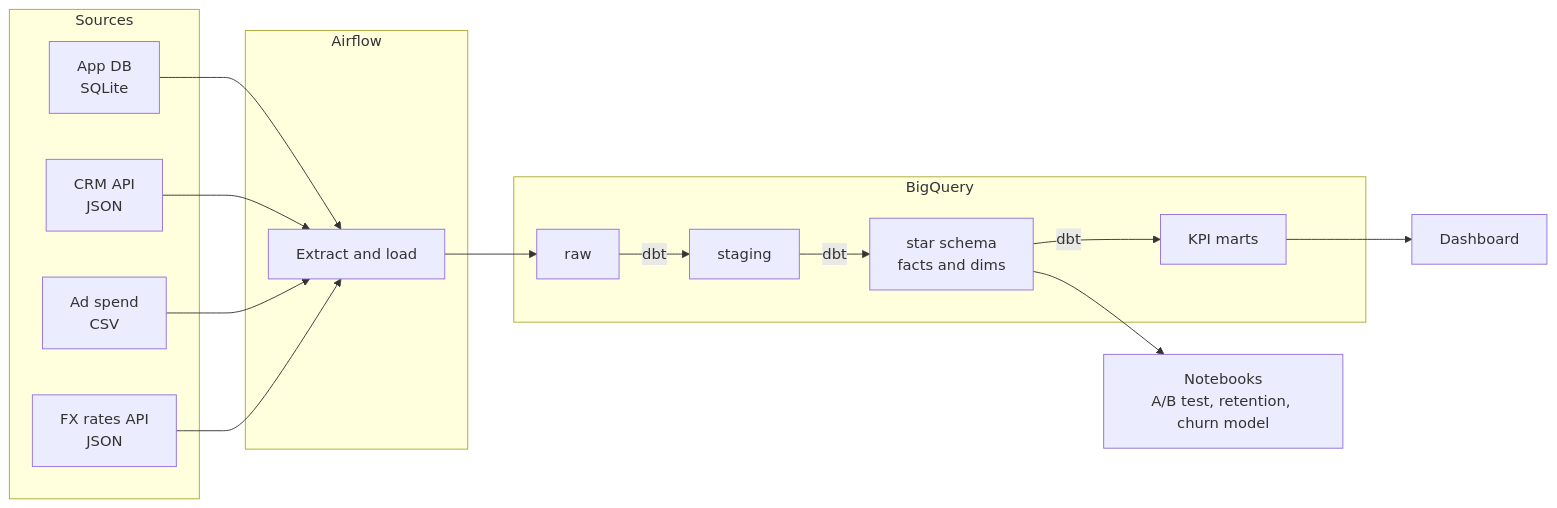
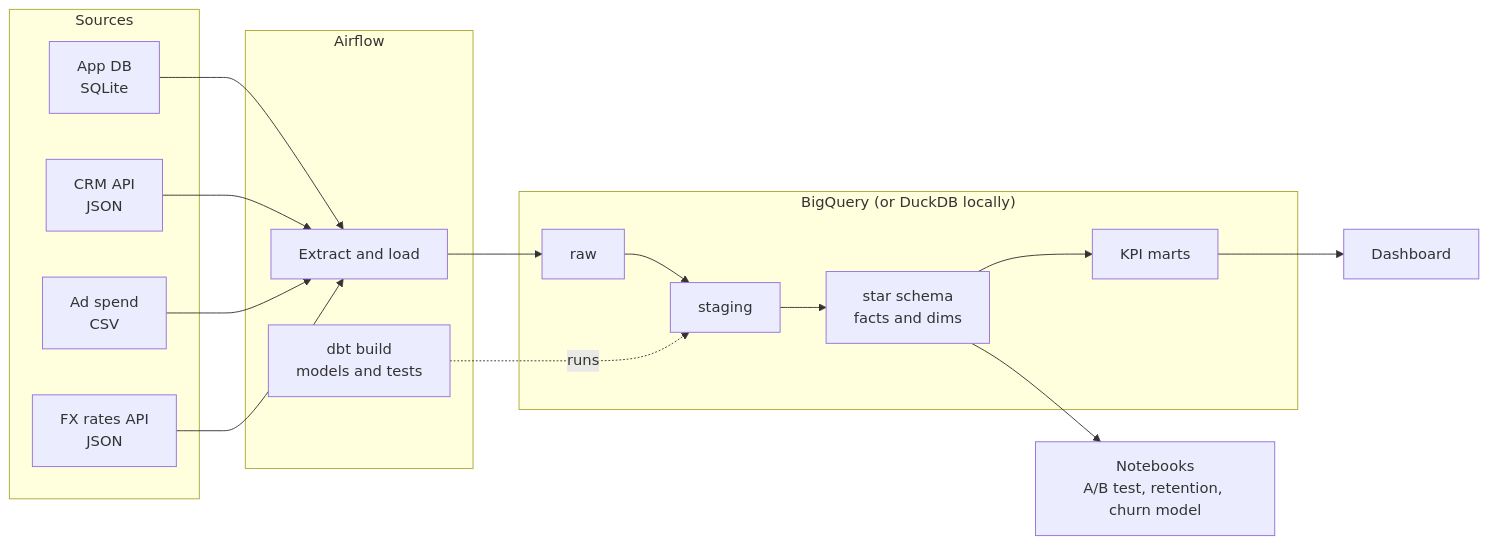
Before and after one commit to sandhyabhatt07/Business_Metric_Tracking_Dashboard: the diagram in README.md, drawn with Mermaid. The commit also changed other lines of this file and 66 other files, not shown here.

First line of the commit message:
Add dbt warehouse model, DuckDB target and CI

````diff
--- a/README.md
+++ b/README.md
@@ -19,22 +19,24 @@
 ```mermaid
 flowchart LR
     subgraph Sources
         A[App DB<br/>SQLite]
         C[CRM API<br/>JSON]
         M[Ad spend<br/>CSV]
         F[FX rates API<br/>JSON]
     end
     subgraph Airflow
         E[Extract and load]
+        T[dbt build<br/>models and tests]
     end
-    subgraph BigQuery
+    subgraph Warehouse["BigQuery (or DuckDB locally)"]
         R[raw]
         S[staging]
         W[star schema<br/>facts and dims]
         K[KPI marts]
     end
     A & C & M & F --> E --> R
-    R -- dbt --> S -- dbt --> W -- dbt --> K
+    R --> S --> W --> K
+    T -.runs.-> S
     K --> D[Dashboard]
     W --> N[Notebooks<br/>A/B test, retention, churn model]
 ```
````
